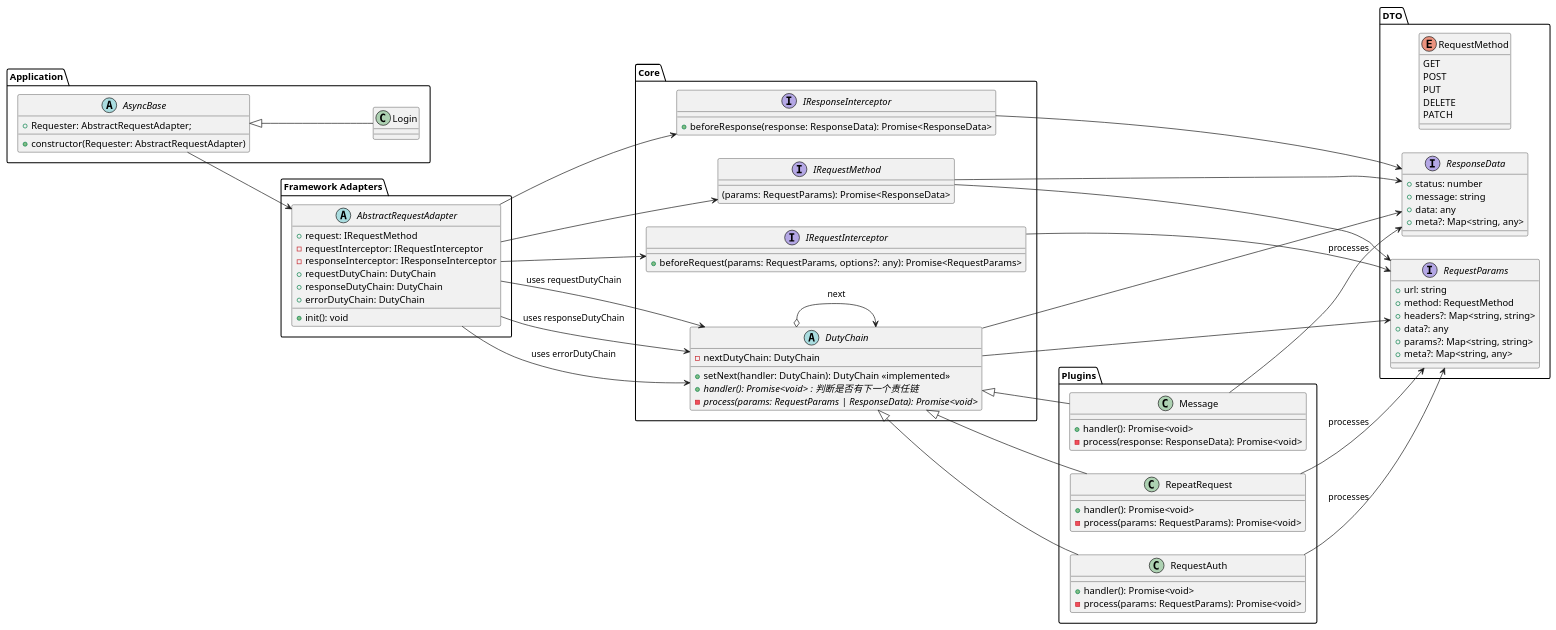
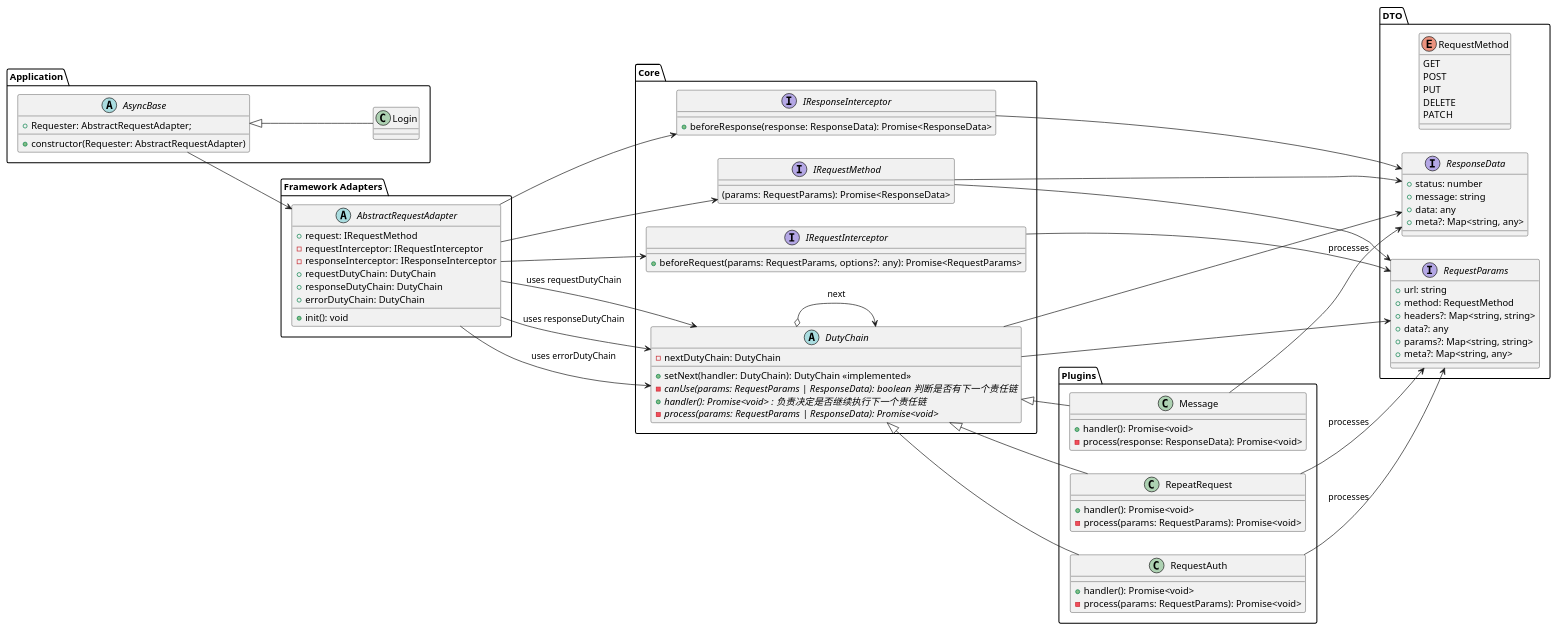
The diagram in AbstractComponents/Request/request.puml (inksnowhailong/project-templates), drawn with PlantUML before and after one commit. The commit also changed 1 other file, not shown here.

```diff
--- a/AbstractComponents/Request/request.puml
+++ b/AbstractComponents/Request/request.puml
@@ -1,122 +1,123 @@
 @startuml http数据请求抽象设计
 
 
 left to right direction
 
 ' 数据传输对象（DTO）
 package "DTO" {
     enum "RequestMethod" {
         GET
         POST
         PUT
         DELETE
         PATCH
     }
     interface "RequestParams" {
         +url: string
         +method: RequestMethod
         +headers?: Map<string, string>
         +data?: any
         +params?: Map<string, string>
         +meta?: Map<string, any>
     }
     interface "ResponseData" {
         +status: number
         +message: string
         +data: any
         +meta?: Map<string, any>
     }
 }
 
 ' 核心逻辑（Core）
 package "Core" {
     interface "IRequestMethod" {
         (params: RequestParams): Promise<ResponseData>
     }
     interface "IRequestInterceptor" {
         +beforeRequest(params: RequestParams, options?: any): Promise<RequestParams>
     }
     interface "IResponseInterceptor" {
         +beforeResponse(response: ResponseData): Promise<ResponseData>
     }
     abstract class "DutyChain" {
         -nextDutyChain: DutyChain
         +setNext(handler: DutyChain): DutyChain <<implemented>>
-        +{abstract} handler(): Promise<void> : 判断是否有下一个责任链
+        -{abstract} canUse(params: RequestParams | ResponseData): boolean  判断是否有下一个责任链
+        +{abstract} handler(): Promise<void> : 负责决定是否继续执行下一个责任链
         -{abstract} process(params: RequestParams | ResponseData): Promise<void>
     }
 }
 
 ' 适配器（Framework Adapters）
 package "Framework Adapters" {
     abstract class "AbstractRequestAdapter" {
         +request: IRequestMethod
         -requestInterceptor: IRequestInterceptor
         -responseInterceptor: IResponseInterceptor
         +requestDutyChain: DutyChain
         +responseDutyChain: DutyChain
         +errorDutyChain: DutyChain
         +init(): void
     }
 }
 
 ' 插件（Plugins）
 package "Plugins" {
     class "RepeatRequest" {
         +handler(): Promise<void>
         -process(params: RequestParams): Promise<void>
     }
     class "RequestAuth" {
         +handler(): Promise<void>
         -process(params: RequestParams): Promise<void>
     }
     class "Message" {
         +handler(): Promise<void>
         -process(response: ResponseData): Promise<void>
     }
 }
 
 
 package "Application" {
    abstract class AsyncBase {
      +Requester: AbstractRequestAdapter;
      +constructor(Requester: AbstractRequestAdapter)
     }
     ' 示例：登录页面
     class "Login" extends AsyncBase {
     }
 }
 
 
 ' 关系链接
 ' DTO 与 Core 的依赖
 "IRequestMethod" --> "RequestParams"
 "IRequestMethod" --> "ResponseData"
 "IRequestInterceptor" --> "RequestParams"
 "IResponseInterceptor" --> "ResponseData"
 "DutyChain" --> "RequestParams"
 "DutyChain" --> "ResponseData"
 
 ' Core 与 Framework Adapters 的关系
 "AbstractRequestAdapter" --> "IRequestMethod"
 "AbstractRequestAdapter" --> "IRequestInterceptor"
 "AbstractRequestAdapter" --> "IResponseInterceptor"
 "AbstractRequestAdapter" --> "DutyChain" : uses requestDutyChain
 "AbstractRequestAdapter" --> "DutyChain" : uses responseDutyChain
 "AbstractRequestAdapter" --> "DutyChain" : uses errorDutyChain
 
 ' Core 与 Plugins 的继承关系
 "DutyChain" <|-- "RepeatRequest"
 "DutyChain" <|-- "RequestAuth"
 "DutyChain" <|-- "Message"
 
 ' DutyChain 的责任链关系
 "DutyChain" o--> "DutyChain" : next
 
 ' Plugins 与 DTO 的依赖
 "RepeatRequest" --> "RequestParams" : processes
 "RequestAuth" --> "RequestParams" : processes
 "Message" --> "ResponseData" : processes
 ' Application 与 Framework Adapters 的依赖
 "AsyncBase" --> "AbstractRequestAdapter"
 @enduml
```
